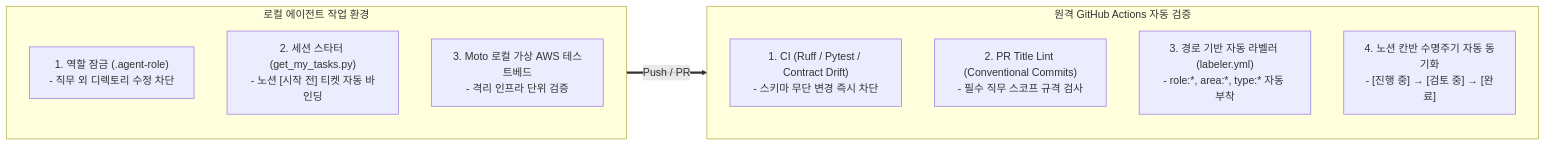
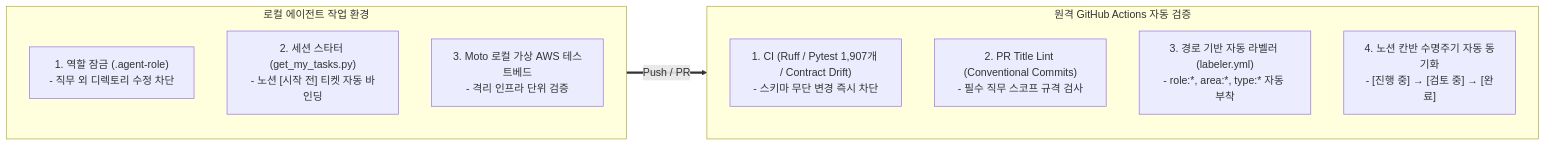
The diagram in README.md (mmmphyun/aleph-project), drawn with Mermaid before and after one commit. The commit also changed other lines of this file and 14 other files, not shown here.

````diff
--- a/README.md
+++ b/README.md
@@ -132,19 +256,19 @@
 ```mermaid
 flowchart LR
     subgraph Local ["로컬 에이전트 작업 환경"]
         direction TB
         L1["1. 역할 잠금 (.agent-role)<br>- 직무 외 디렉토리 수정 차단"]
         L2["2. 세션 스타터 (get_my_tasks.py)<br>- 노션 [시작 전] 티켓 자동 바인딩"]
         L3["3. Moto 로컬 가상 AWS 테스트베드<br>- 격리 인프라 단위 검증"]
     end
 
     subgraph Remote ["원격 GitHub Actions 자동 검증"]
         direction TB
-        R1["1. CI (Ruff / Pytest / Contract Drift)<br>- 스키마 무단 변경 즉시 차단"]
+        R1["1. CI (Ruff / Pytest 1,907개 / Contract Drift)<br>- 스키마 무단 변경 즉시 차단"]
         R2["2. PR Title Lint (Conventional Commits)<br>- 필수 직무 스코프 규격 검사"]
         R3["3. 경로 기반 자동 라벨러 (labeler.yml)<br>- role:*, area:*, type:* 자동 부착"]
         R4["4. 노션 칸반 수명주기 자동 동기화<br>- [진행 중] → [검토 중] → [완료]"]
     end
 
     Local ==>|Push / PR| Remote
 ```
````
